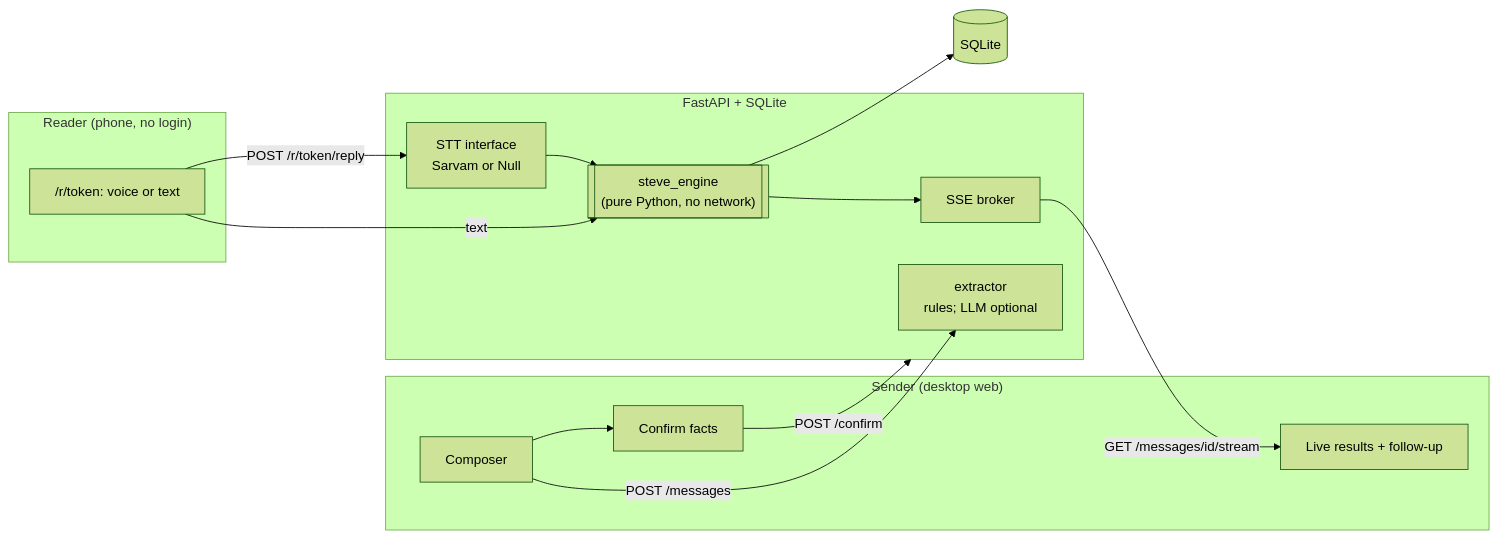
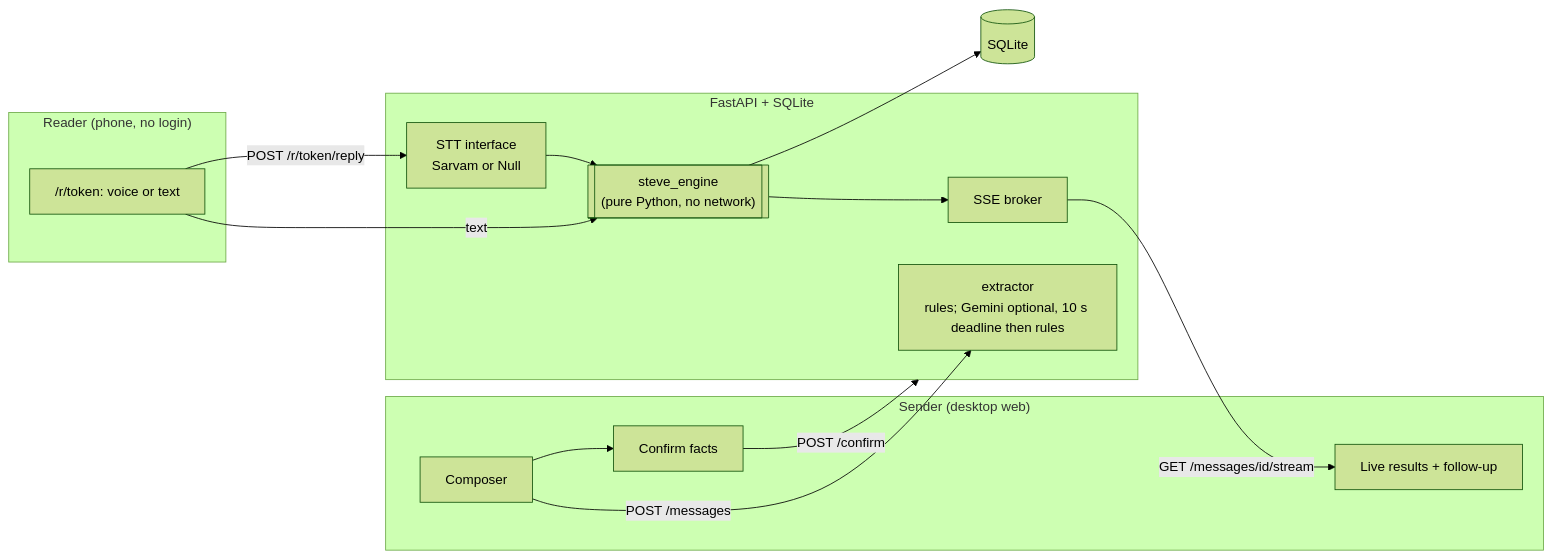
One commit to Adithya-Sharath/Steve changed the diagram in docs/architecture.md. Above: the diagram before and after it, drawn with Mermaid (forest theme). The commit also changed 1 other file, not shown here.

Commit message:
docs: judge-first README with architecture, screenshots and evaluation
- order: name and tagline, badges, demo link, hero, about the name, problem, what Steve does, how we read the
  problem statement, why it is not an AI wrapper, screenshots, Mermaid architecture, quick start (PowerShell and
  bash), configuration, testing and evaluation, structure, roadmap, limitations and ethics, team, license
- evaluation region and every number/caveat unchanged (auto-filled by eval/update_readme.py)
- architecture diagram notes the 10 s Gemini deadline and fallback

````diff
--- a/docs/architecture.md
+++ b/docs/architecture.md
@@ -3,22 +3,22 @@
 ```mermaid
 flowchart LR
   subgraph Sender["Sender (desktop web)"]
     C[Composer] --> F[Confirm facts]
     R[Live results + follow-up]
   end
   subgraph Reader["Reader (phone, no login)"]
     RP["/r/token: voice or text"]
   end
   subgraph API["FastAPI + SQLite"]
-    X[extractor<br/>rules; LLM optional]
+    X[extractor<br/>rules; Gemini optional, 10 s deadline then rules]
     E[["steve_engine<br/>(pure Python, no network)"]]
     S[STT interface<br/>Sarvam or Null]
     B[SSE broker]
   end
   C -->|POST /messages| X
   F -->|POST /confirm| API
   RP -->|POST /r/token/reply| S --> E
   RP -->|text| E
   E --> DB[(SQLite)]
   E --> B -->|GET /messages/id/stream| R
 ```
````
